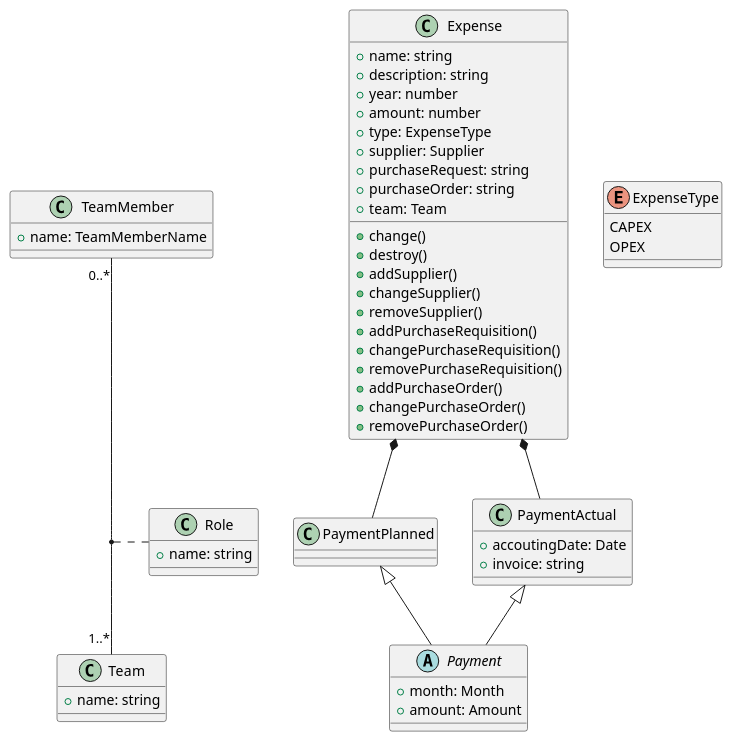
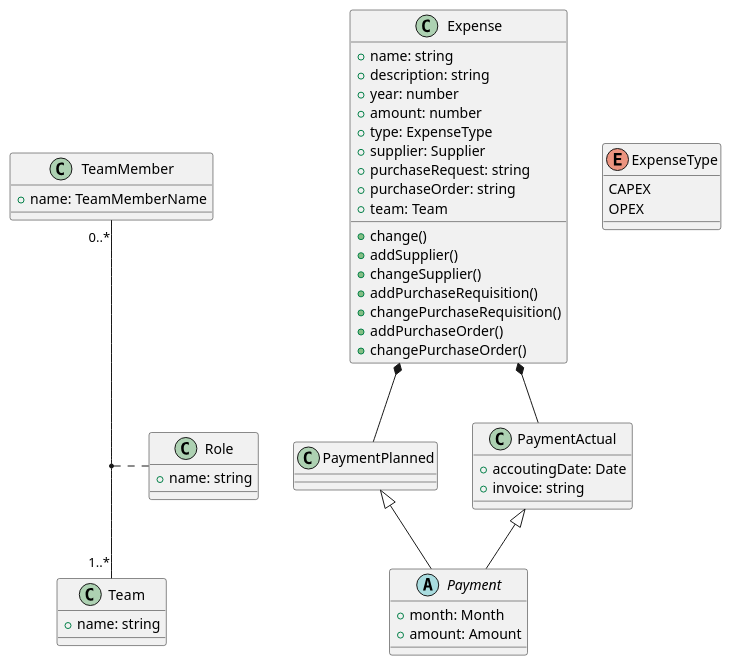
One commit to celsopires1999/expenses-planning changed the diagram in uml/class-diagram.wsd. Above: the diagram before and after it, drawn with PlantUML. The commit also changed 6 other files, not shown here.

```diff
--- a/uml/class-diagram.wsd
+++ b/uml/class-diagram.wsd
@@ -1,66 +1,61 @@
 @startuml Expense
 class Expense {
     + name: string 
     + description: string 
     + year: number
     + amount: number
     + type: ExpenseType
     + supplier: Supplier
     + purchaseRequest: string
     + purchaseOrder: string
     + team: Team
     + change()
-    + destroy()
     + addSupplier()
     + changeSupplier()
-    + removeSupplier()
     + addPurchaseRequisition()
     + changePurchaseRequisition()
-    + removePurchaseRequisition()
     + addPurchaseOrder()
     + changePurchaseOrder()
-    + removePurchaseOrder()
-
 }
 enum ExpenseType {
     CAPEX
     OPEX
 }
 abstract class Payment {
     + month: Month
     + amount: Amount
 }
 
 class PaymentPlanned {
 
 }
 
 class PaymentActual {
   + accoutingDate: Date
   + invoice: string
 }
 
 PaymentPlanned <|-- Payment
 PaymentActual <|-- Payment
 
 Expense *-- PaymentPlanned
 Expense *-- PaymentActual
 
 class TeamMember {
     + name: TeamMemberName
 }
 
 class Team { 
     + name: string
 }
 
 class Role { 
     + name: string
 }
 
 TeamMember "0..*" -- "1..*" Team
 (TeamMember, Team) . Role
 
 
 
 @enduml
```
